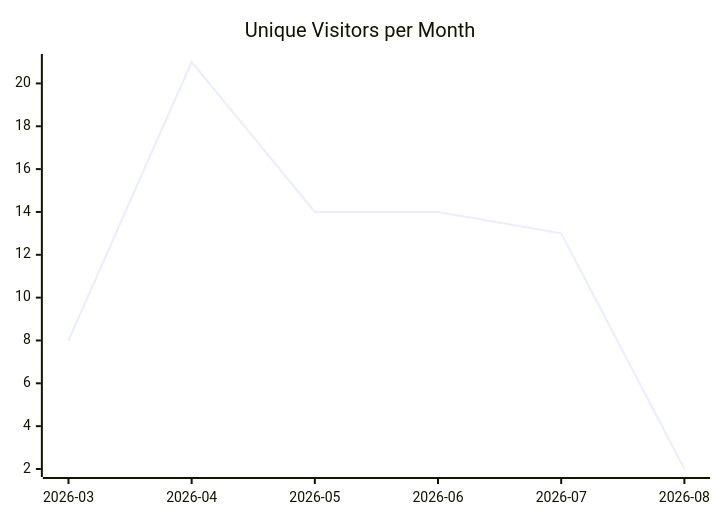
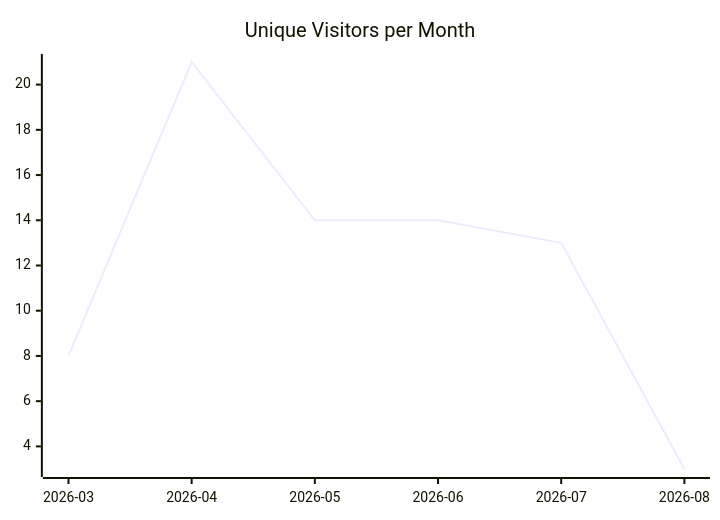
The first of 3 diagrams in karlmdavis/ksoap2-android/README.md (justdavis-family/github-analytics-data), drawn with Mermaid before and after one commit. The commit also changed other lines of this file and 190 other files, not shown here.

````diff
--- a/karlmdavis/ksoap2-android/README.md
+++ b/karlmdavis/ksoap2-android/README.md
@@ -5,6 +5,6 @@
 ```mermaid
 xychart-beta
   title "Unique Visitors per Month"
   x-axis ["2026-03", "2026-04", "2026-05", "2026-06", "2026-07", "2026-08"]
-  line [8, 21, 14, 14, 13, 2]
+  line [8, 21, 14, 14, 13, 3]
 ```
````
